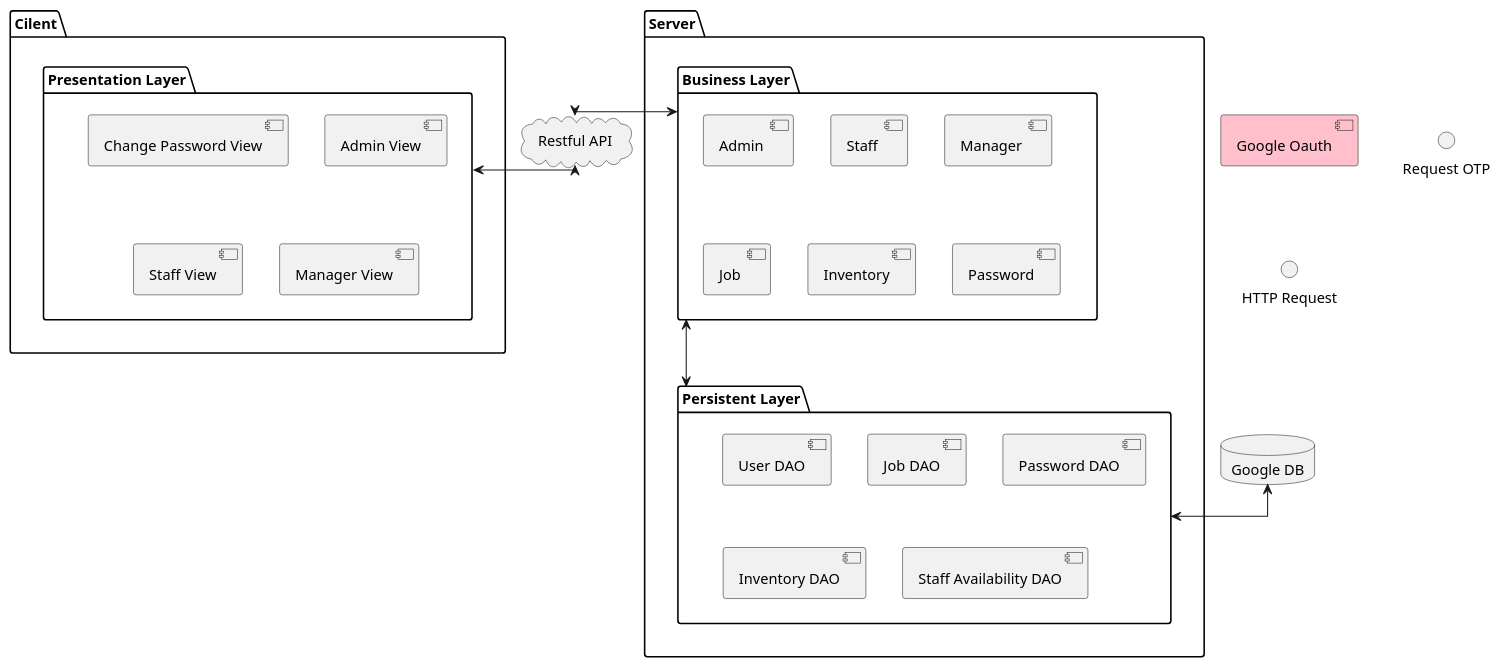
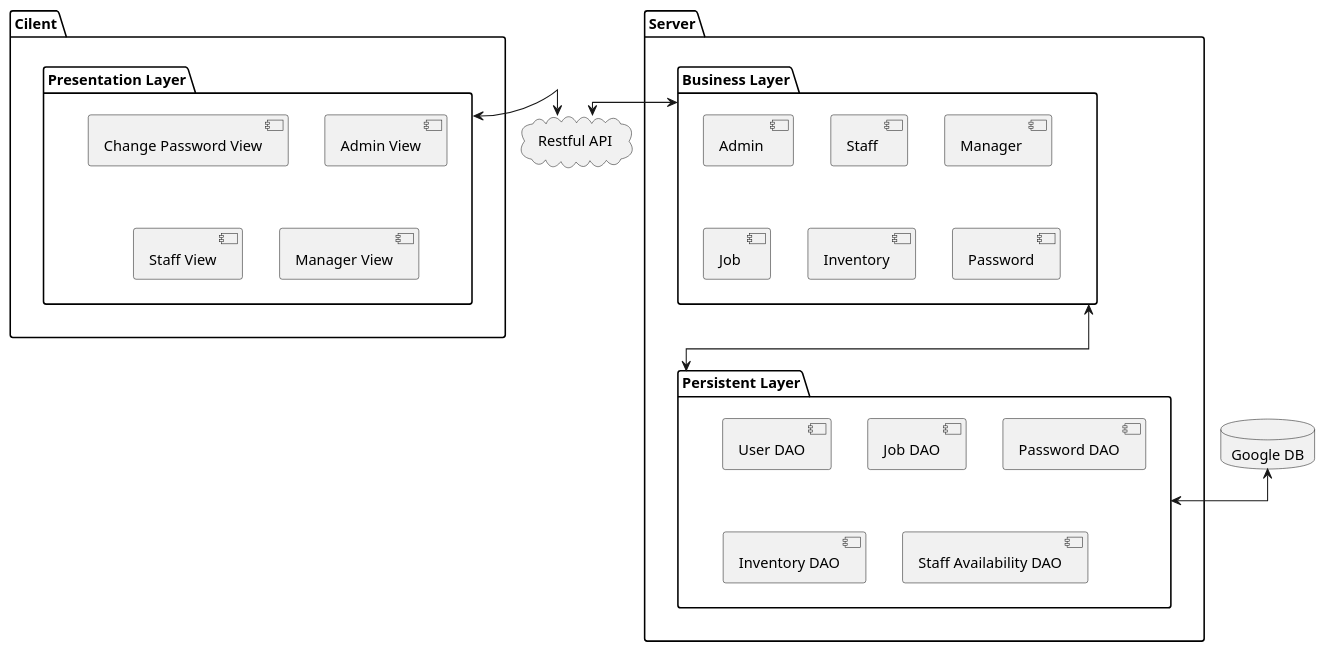
One commit to tryhardlaijun/Y2Trim1SoftEngPlantUml changed the diagram in 2101/M2Architechture.plantuml. Above: the diagram before and after it, drawn with PlantUML. The commit also changed 2 other files, not shown here.

Commit message:
M2 plantUML

```diff
--- a/2101/M2Architechture.plantuml
+++ b/2101/M2Architechture.plantuml
@@ -1,60 +1,56 @@
 @startuml
 skinparam classAttributeIconSize 0
 skinparam linetype ortho
 top to bottom direction
 
 
 'Declaring things
 database "Google DB" as db
-[Google Oauth] as Google #Pink
 
 package "Cilent" as Cilent{
   package  "Presentation Layer"  as Presentation{
     [Change Password View] as PasswordView
     [Admin View] as AdminView
     [Staff View] as StaffView
     [Manager View] as ManagerView
 
   }
 }
 
 package "Server" as server{
   package  "Business Layer" as Business {
     [Admin ] as Admin
     [Staff ] as Staff
     [Manager ] as Manager
     [Job ] as Job
     [Inventory] as Inventory
     [Password] as Password
 
   }
 
   package "Persistent Layer" as Persistent {
     [User DAO] as UserDAO
     [Job DAO] as JobDAO
     [Password DAO] as PasswordDAO
     [Inventory DAO] as InventoryDAO
     [Staff Availability DAO] as StaffAvailabilityDAO
 
   }
 
 }
 
 cloud "Restful API" as RestfulAPI{
 }
 
 
 Presentation <-r-> RestfulAPI
 RestfulAPI <-l->  Business
 Business <--->  Persistent
 
 Persistent <-> db
 
 
-Interface "Request OTP" as OTP
-Interface "HTTP Request" as HTTP
-
 'Google -- OTP
 'Password --( OTP
 
 @enduml
```
